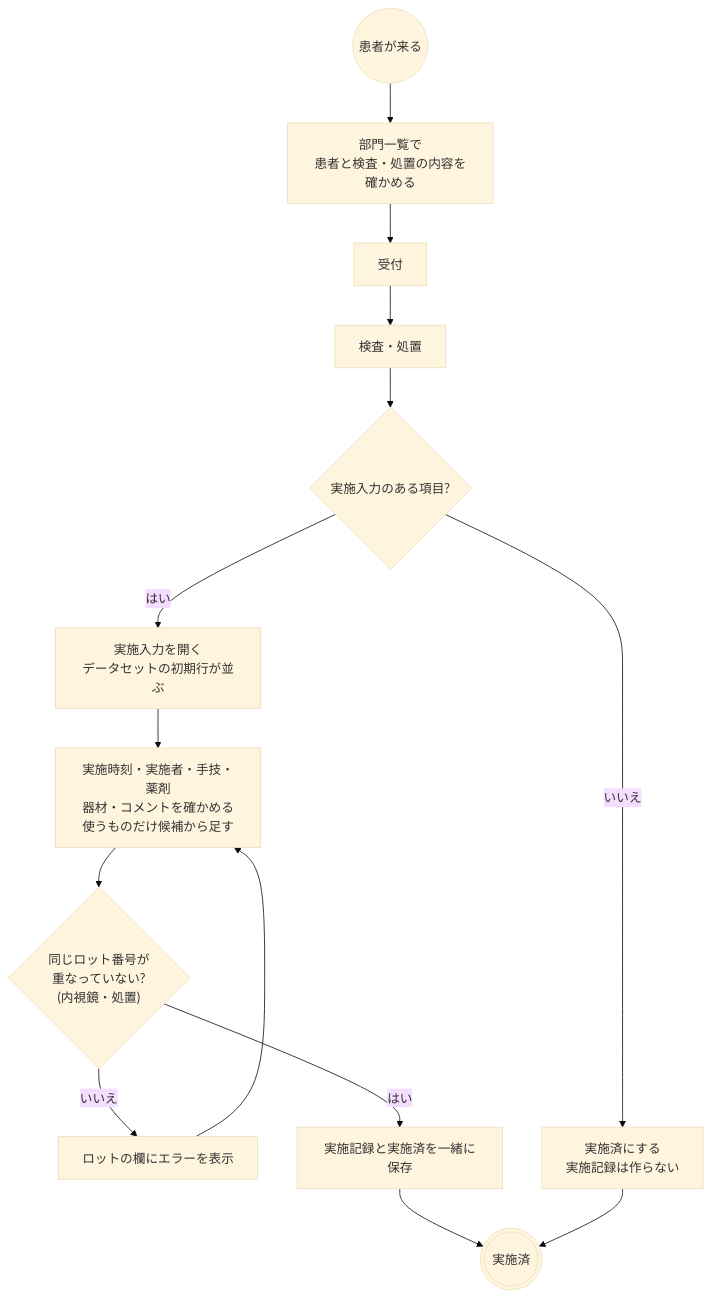
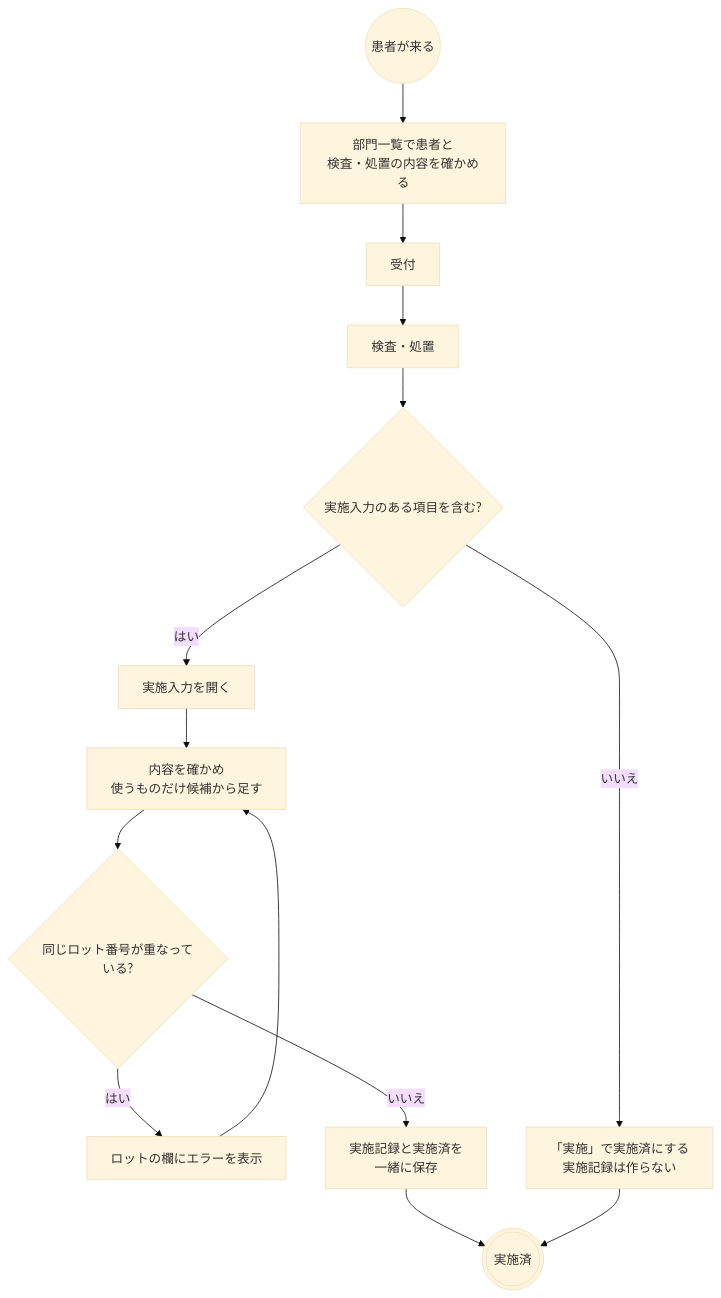
Before and after one commit to ysnr-dev/fhir-client-docs: the fourth of 4 diagrams in docs/flows/physio-endoscopy-treatment.md, drawn with Mermaid (base theme). The commit also changed other lines of this file and 43 other files, not shown here.

Commit message:
docs: 業務フローとシーケンス図を写し直し

````diff
--- a/docs/flows/physio-endoscopy-treatment.md
+++ b/docs/flows/physio-endoscopy-treatment.md
@@ -188,21 +194,21 @@
 ```mermaid
 flowchart TD
   start(("患者が来る"))
-  list["部門一覧で<br/>患者と検査・処置の内容を確かめる"]
+  list["部門一覧で患者と<br/>検査・処置の内容を確かめる"]
   accept["受付"]
   exam["検査・処置"]
-  input{"実施入力のある項目?"}
-  open["実施入力を開く<br/>データセットの初期行が並ぶ"]
-  fill["実施時刻・実施者・手技・薬剤<br/>器材・コメントを確かめる<br/>使うものだけ候補から足す"]
-  lot{"同じロット番号が<br/>重なっていない?<br/>(内視鏡・処置)"}
+  input{"実施入力のある項目を含む?"}
+  open["実施入力を開く"]
+  fill["内容を確かめ<br/>使うものだけ候補から足す"]
+  lot{"同じロット番号が重なっている?"}
   lotError["ロットの欄にエラーを表示"]
-  saved["実施記録と実施済を一緒に保存"]
-  plain["実施済にする<br/>実施記録は作らない"]
+  saved["実施記録と実施済を<br/>一緒に保存"]
+  plain["「実施」で実施済にする<br/>実施記録は作らない"]
   done((("実施済")))
 
   start --> list --> accept --> exam --> input
   input -- "はい" --> open --> fill --> lot
-  lot -- "いいえ" --> lotError --> fill
-  lot -- "はい" --> saved --> done
+  lot -- "はい" --> lotError --> fill
+  lot -- "いいえ" --> saved --> done
   input -- "いいえ" --> plain --> done
 ```
````
